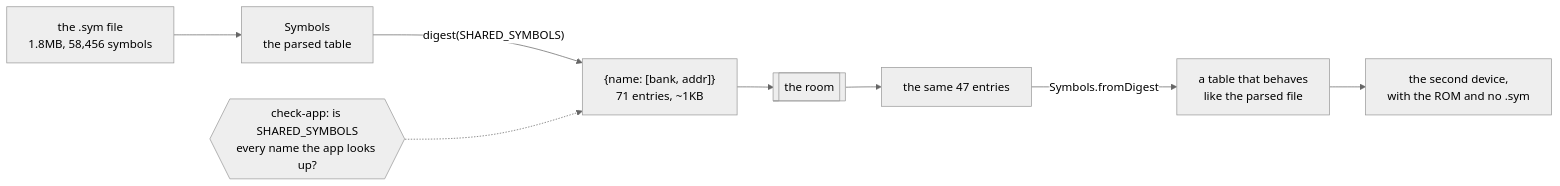
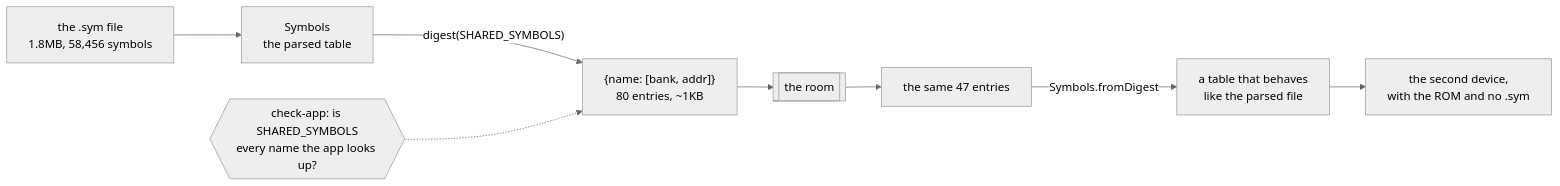
Diagram 50 of 51 in docs/CODE.md (minormending/crystal-pilot-mobile), drawn with Mermaid (neutral theme) before and after one commit. The commit also changed other lines of this file and 11 other files, not shown here.

````diff
--- a/docs/CODE.md
+++ b/docs/CODE.md
@@ -6327,10 +6371,10 @@
 ```mermaid
 flowchart LR
     F["the .sym file<br/>1.8MB, 58,456 symbols"] --> S["Symbols<br/>the parsed table"]
-    S -->|"digest(SHARED_SYMBOLS)"| D["{name: [bank, addr]}<br/>71 entries, ~1KB"]
+    S -->|"digest(SHARED_SYMBOLS)"| D["{name: [bank, addr]}<br/>80 entries, ~1KB"]
     D --> R[["the room"]]
     R --> D2["the same 47 entries"]
     D2 -->|"Symbols.fromDigest"| T["a table that behaves<br/>like the parsed file"]
     T --> APP["the second device,<br/>with the ROM and no .sym"]
     C{{"check-app: is SHARED_SYMBOLS<br/>every name the app looks up?"}} -.-> D
 ```
````
